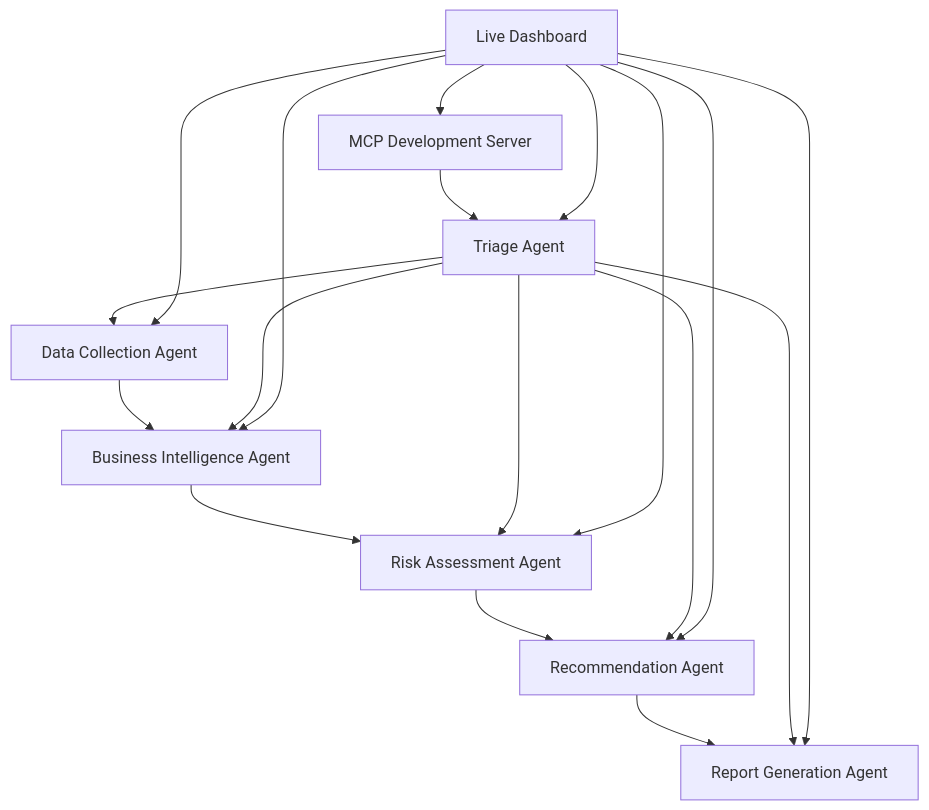
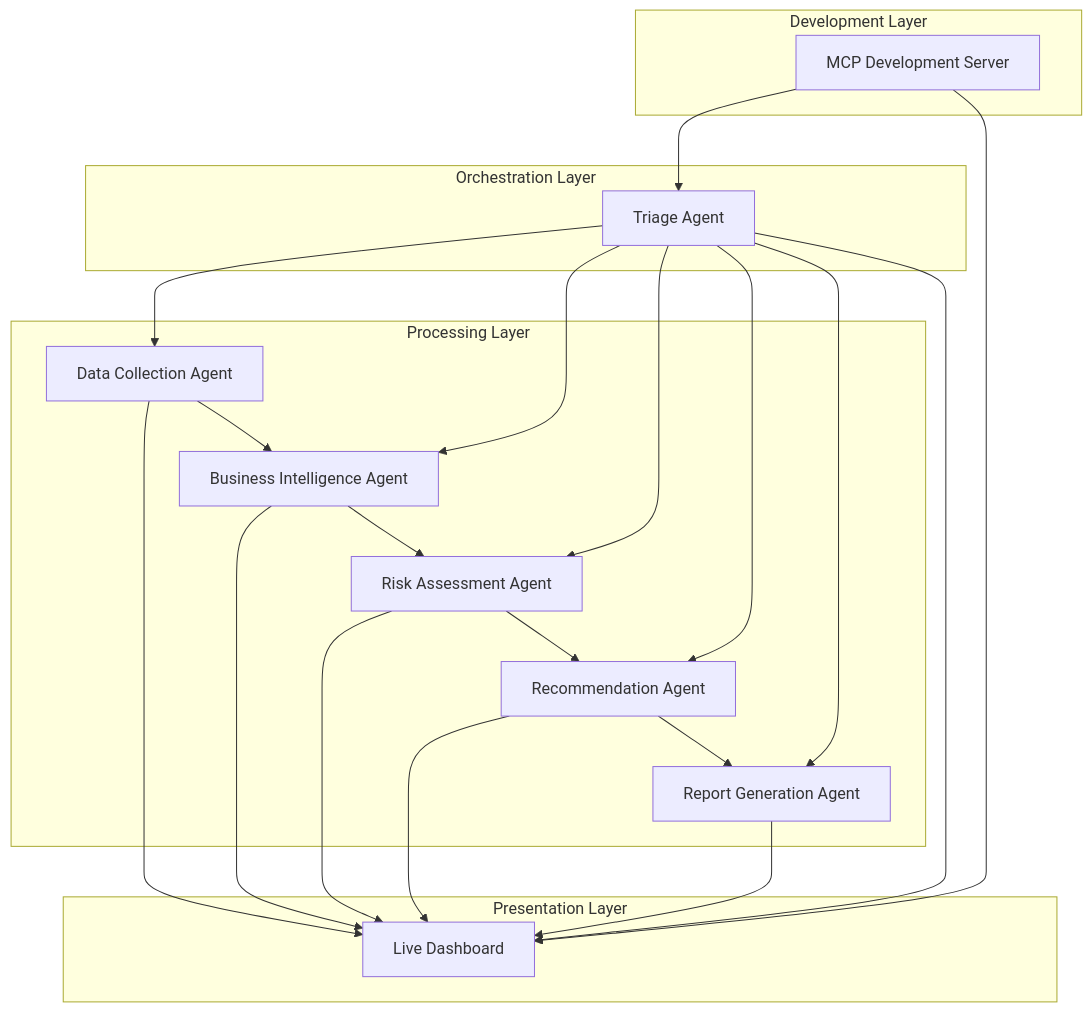
One commit to Insybell/Financial_Multi_Agent_System changed the diagram in README.md. Above: the diagram before and after it, drawn with Mermaid. The commit also changed other lines of this file, not shown here.

````diff
--- a/README.md
+++ b/README.md
@@ -121,20 +121,38 @@
 ```mermaid
-graph TD
-    A[Data Collection Agent] --> B[Business Intelligence Agent]
-    B --> C[Risk Assessment Agent]
-    C --> D[Recommendation Agent]
-    D --> E[Report Generation Agent]
-    F[Triage Agent] --> A
+graph TB
+    subgraph "Presentation Layer"
+        H[Live Dashboard]
+    end
+    
+    subgraph "Development Layer"
+        G[MCP Development Server]
+    end
+    
+    subgraph "Orchestration Layer"
+        F[Triage Agent]
+    end
+    
+    subgraph "Processing Layer"
+        A[Data Collection Agent] --> B[Business Intelligence Agent]
+        B --> C[Risk Assessment Agent]
+        C --> D[Recommendation Agent]
+        D --> E[Report Generation Agent]
+    end
+    
+    %% Control flow (commands)
+    F --> A
     F --> B
     F --> C
     F --> D
     F --> E
-    G[MCP Development Server] --> F
-    H[Live Dashboard] --> G
-    H --> A
-    H --> B
-    H --> C
-    H --> D
-    H --> E
-    H --> F
+    G --> F
+    
+    %% Data flow (monitoring and display)
+    A --> H
+    B --> H
+    C --> H
+    D --> H
+    E --> H
+    F --> H
+    G --> H
 ```
````
